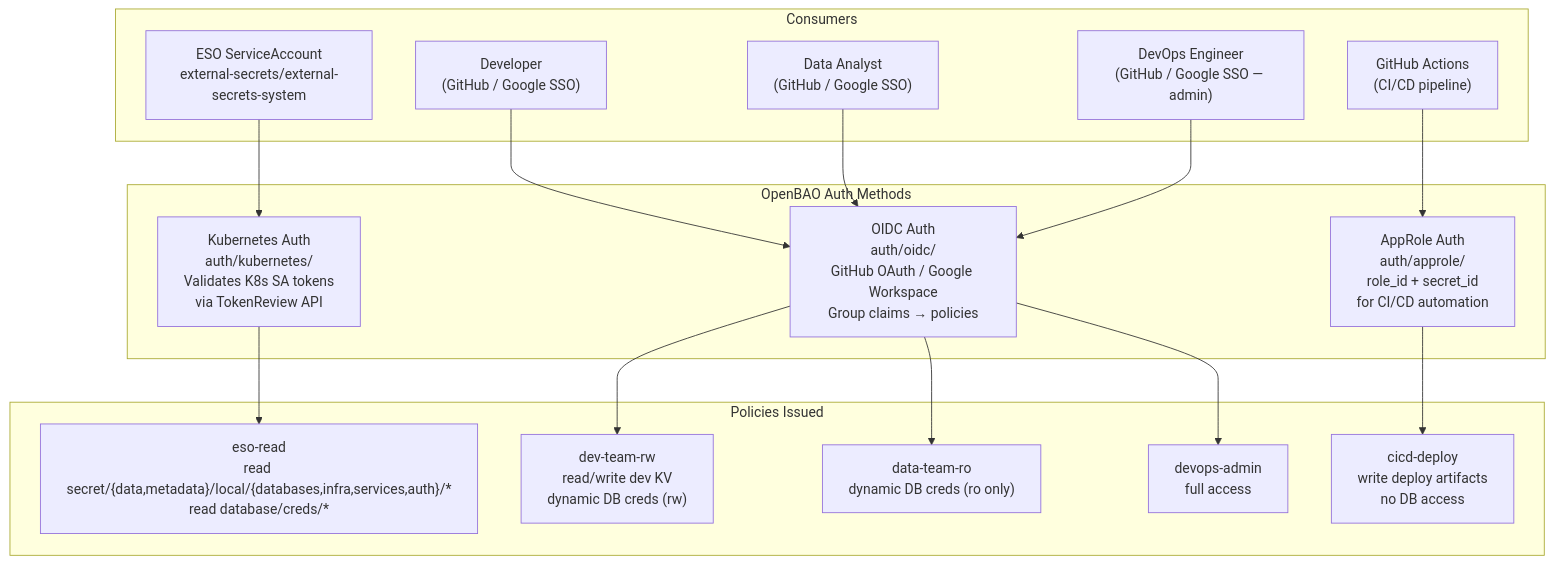
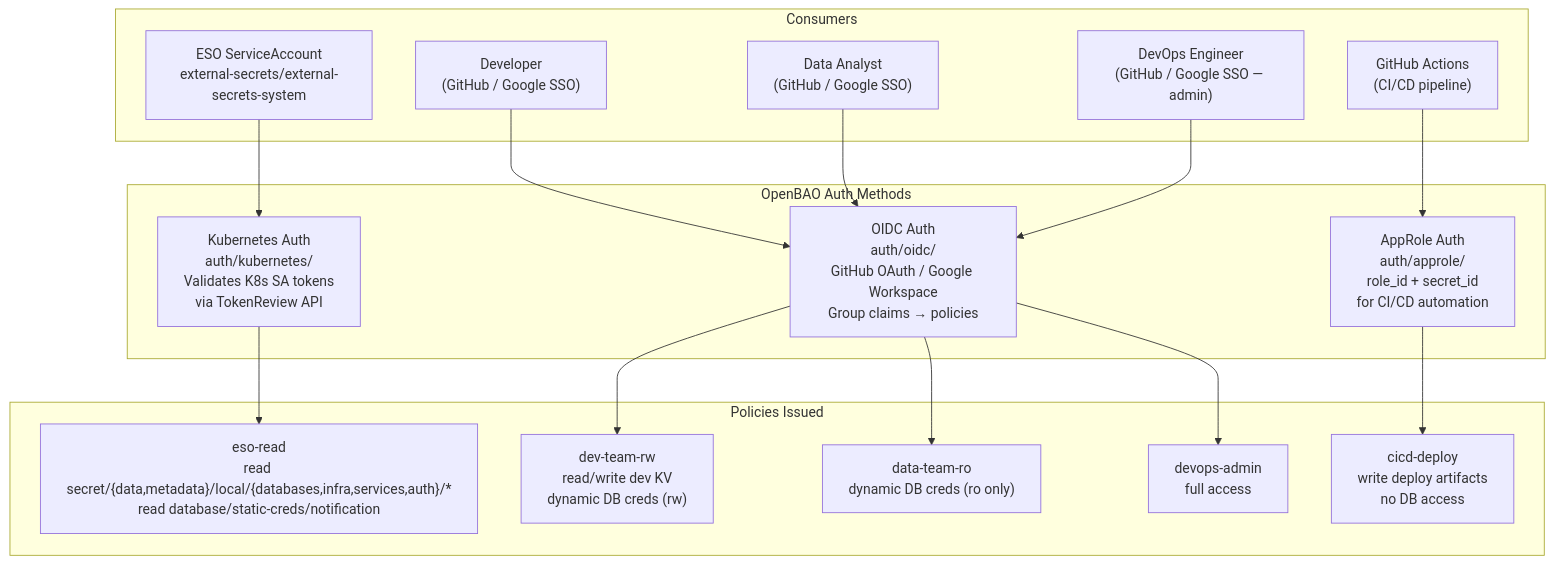
Before and after one commit to duynhlab/homelab: the fifth of 19 diagrams in docs/secrets/openbao.md, drawn with Mermaid. The commit also changed other lines of this file and 18 other files, not shown here.

````diff
--- a/docs/secrets/openbao.md
+++ b/docs/secrets/openbao.md
@@ -266,30 +269,30 @@
 ```mermaid
 flowchart TD
     subgraph consumers["Consumers"]
         eso_sa["ESO ServiceAccount\nexternal-secrets/external-secrets-system"]
         dev["Developer\n(GitHub / Google SSO)"]
         data["Data Analyst\n(GitHub / Google SSO)"]
         devops["DevOps Engineer\n(GitHub / Google SSO — admin)"]
         gha["GitHub Actions\n(CI/CD pipeline)"]
     end
 
     subgraph authmethods["OpenBAO Auth Methods"]
         k8sauth["Kubernetes Auth\nauth/kubernetes/\nValidates K8s SA tokens\nvia TokenReview API"]
         oidcauth["OIDC Auth\nauth/oidc/\nGitHub OAuth / Google Workspace\nGroup claims → policies"]
         approlauth["AppRole Auth\nauth/approle/\nrole_id + secret_id\nfor CI/CD automation"]
     end
 
     subgraph policies["Policies Issued"]
-        p_eso["eso-read\nread secret/{data,metadata}/local/{databases,infra,services,auth}/*\nread database/creds/*"]
+        p_eso["eso-read\nread secret/{data,metadata}/local/{databases,infra,services,auth}/*\nread database/static-creds/notification"]
         p_dev_rw["dev-team-rw\nread/write dev KV\ndynamic DB creds (rw)"]
         p_data_ro["data-team-ro\ndynamic DB creds (ro only)"]
         p_admin["devops-admin\nfull access"]
         p_cicd["cicd-deploy\nwrite deploy artifacts\nno DB access"]
     end
 
     eso_sa --> k8sauth --> p_eso
     dev --> oidcauth --> p_dev_rw
     data --> oidcauth --> p_data_ro
     devops --> oidcauth --> p_admin
     gha --> approlauth --> p_cicd
 ```
````
